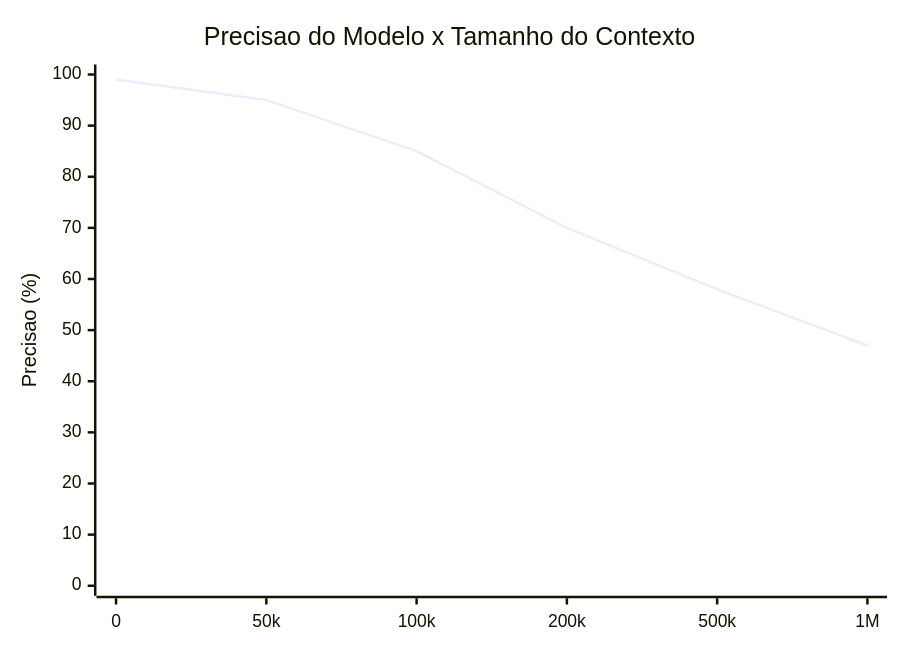
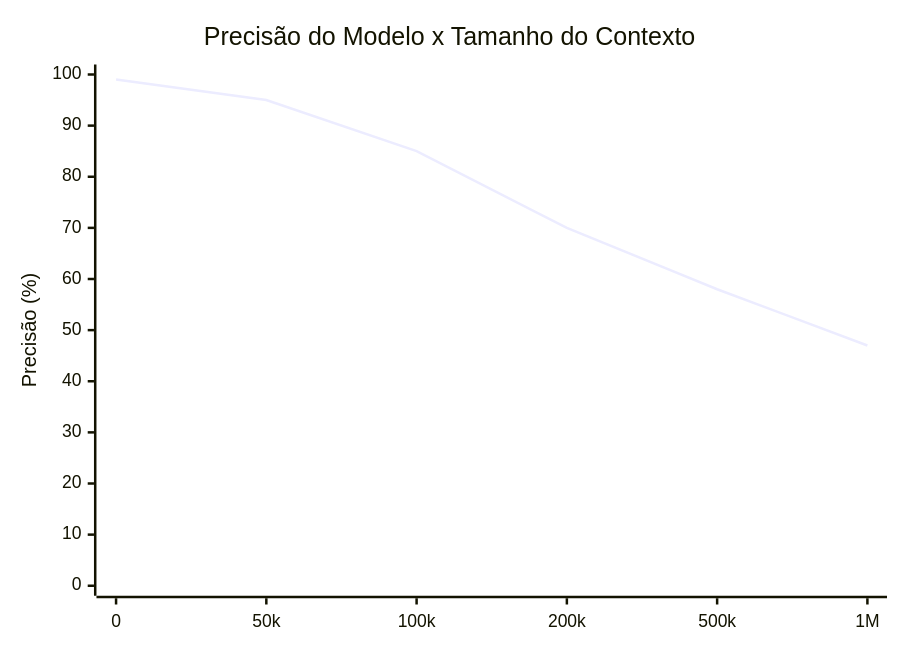
The first of 6 diagrams in README.md (andreluizsmartins/SDD-Spec-Driven-Development), drawn with Mermaid before and after one commit. The commit also changed other lines of this file, not shown here.

````diff
--- a/README.md
+++ b/README.md
@@ -20,7 +20,7 @@
 ```mermaid
 xychart-beta
-    title "Precisao do Modelo x Tamanho do Contexto"
+    title "Precisão do Modelo x Tamanho do Contexto"
     x-axis ["0", "50k", "100k", "200k", "500k", "1M"]
-    y-axis "Precisao (%)" 0 --> 100
+    y-axis "Precisão (%)" 0 --> 100
     line [99, 95, 85, 70, 58, 47]
 ```
````
